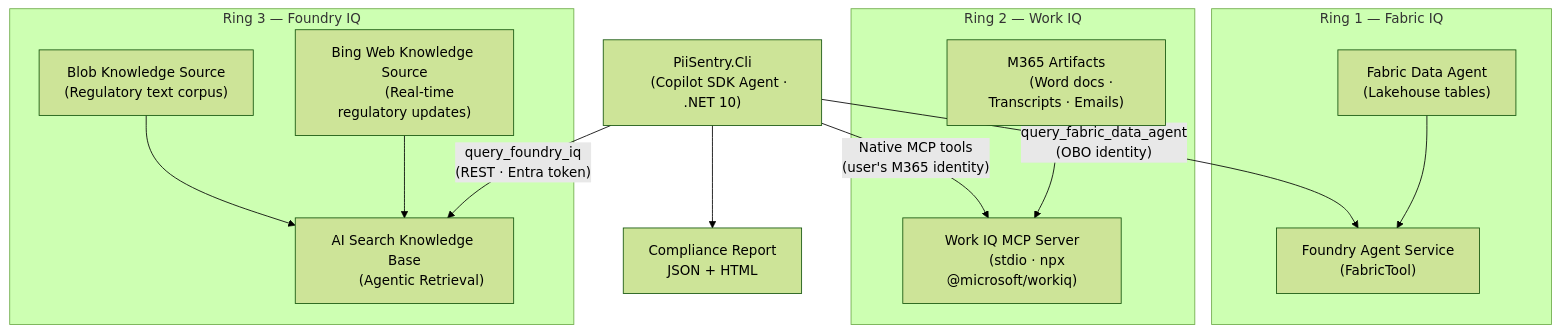
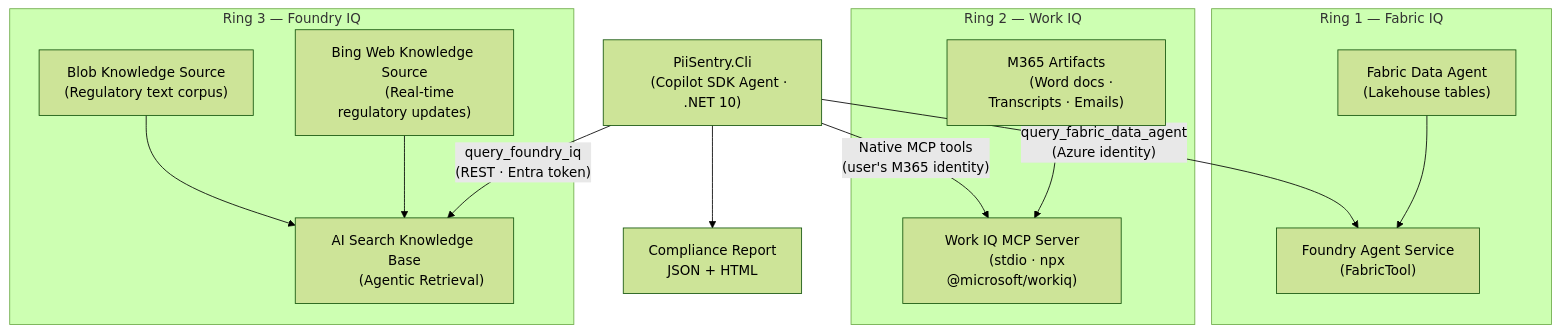
One commit to mjhoffmeister/piisentry changed the diagram in docs/architecture.md. Above: the diagram before and after it, drawn with Mermaid (forest theme). The commit also changed 14 other files, not shown here.

````diff
--- a/docs/architecture.md
+++ b/docs/architecture.md
@@ -7,41 +7,41 @@
 ```mermaid
 flowchart TB
     CLI["PiiSentry.Cli
     (Copilot SDK Agent · .NET 10)"]
 
     subgraph ring1["Ring 1 — Fabric IQ"]
         FA["Fabric Data Agent
         (Lakehouse tables)"]
         FS["Foundry Agent Service
         (FabricTool)"]
         FA --> FS
     end
 
     subgraph ring2["Ring 2 — Work IQ"]
         WI["Work IQ MCP Server
         (stdio · npx @microsoft/workiq)"]
         M365["M365 Artifacts
         (Word docs · Transcripts · Emails)"]
         M365 --> WI
     end
 
     subgraph ring3["Ring 3 — Foundry IQ"]
         KB["AI Search Knowledge Base
         (Agentic Retrieval)"]
         BLOB["Blob Knowledge Source
         (Regulatory text corpus)"]
         BING["Bing Web Knowledge Source
         (Real-time regulatory updates)"]
         BLOB --> KB
         BING --> KB
     end
 
     CLI -- "query_fabric_data_agent
-    (OBO identity)" --> FS
+    (Azure identity)" --> FS
     CLI -- "Native MCP tools
     (user's M365 identity)" --> WI
     CLI -- "query_foundry_iq
     (REST · Entra token)" --> KB
     CLI --> REP["Compliance Report
     JSON + HTML"]
 ```
````
